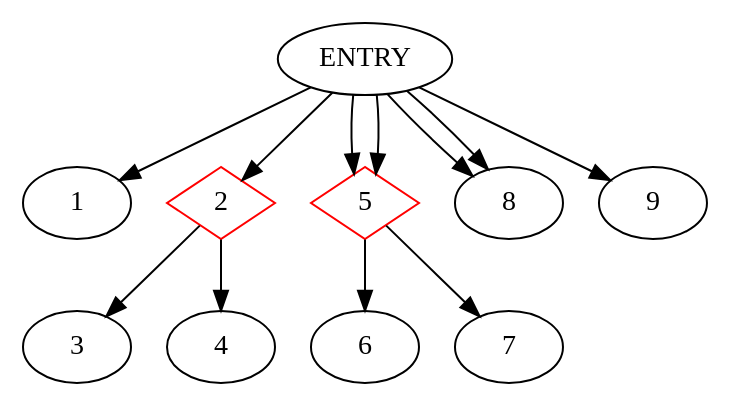
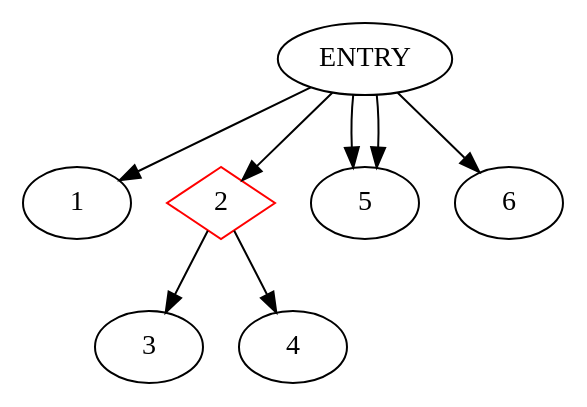
Before and after one commit to akshitij/TestgenRepo: the diagram in Testgen/CDG.dot, drawn with Graphviz. The commit also changed 50 other files, not shown here.

```diff
--- a/Testgen/CDG.dot
+++ b/Testgen/CDG.dot
@@ -1,16 +1,10 @@
 digraph CDG {
 ENTRY -> 1
 2 [shape=diamond, color=red]
 ENTRY -> 2
 2-> 3
 2-> 4
-5 [shape=diamond, color=red]
 ENTRY -> 5
-5 [shape=diamond, color=red]
 ENTRY -> 5
-5-> 6
-5-> 7
-ENTRY -> 8
-ENTRY -> 8
-ENTRY -> 9
+ENTRY -> 6
 }
```
